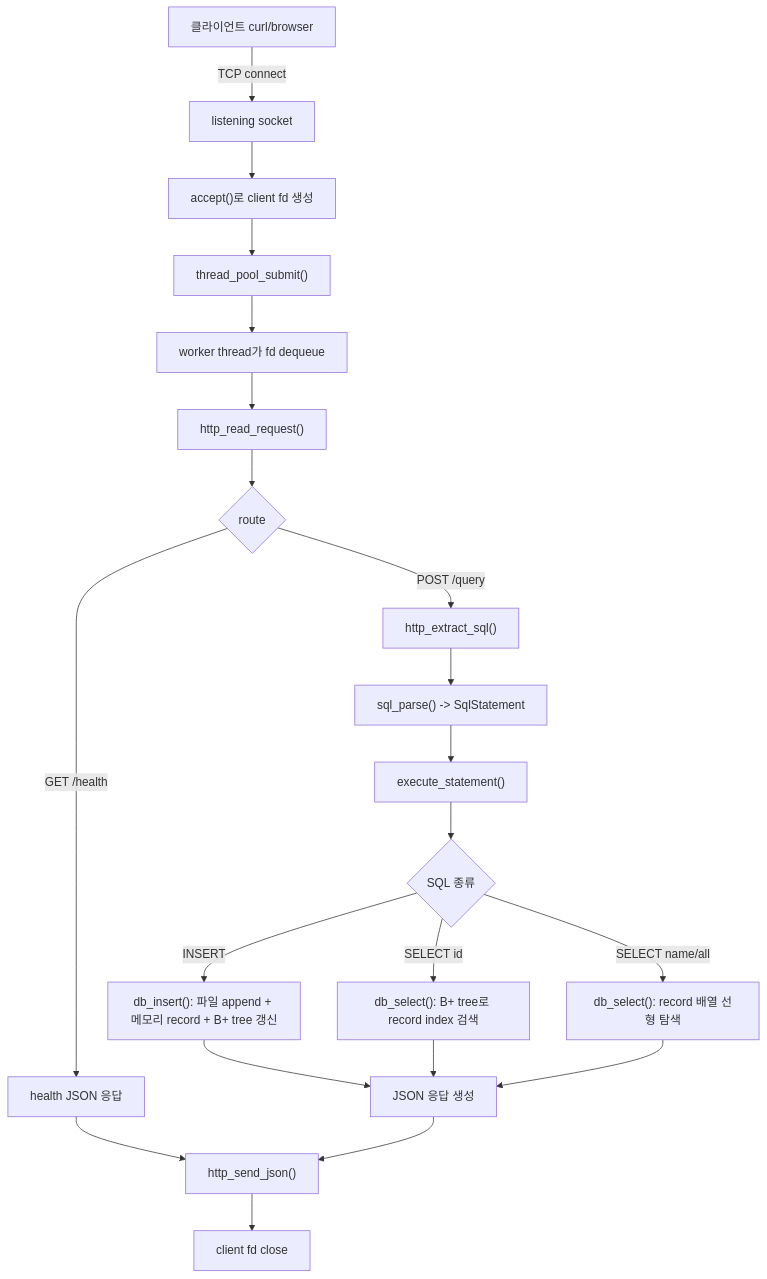
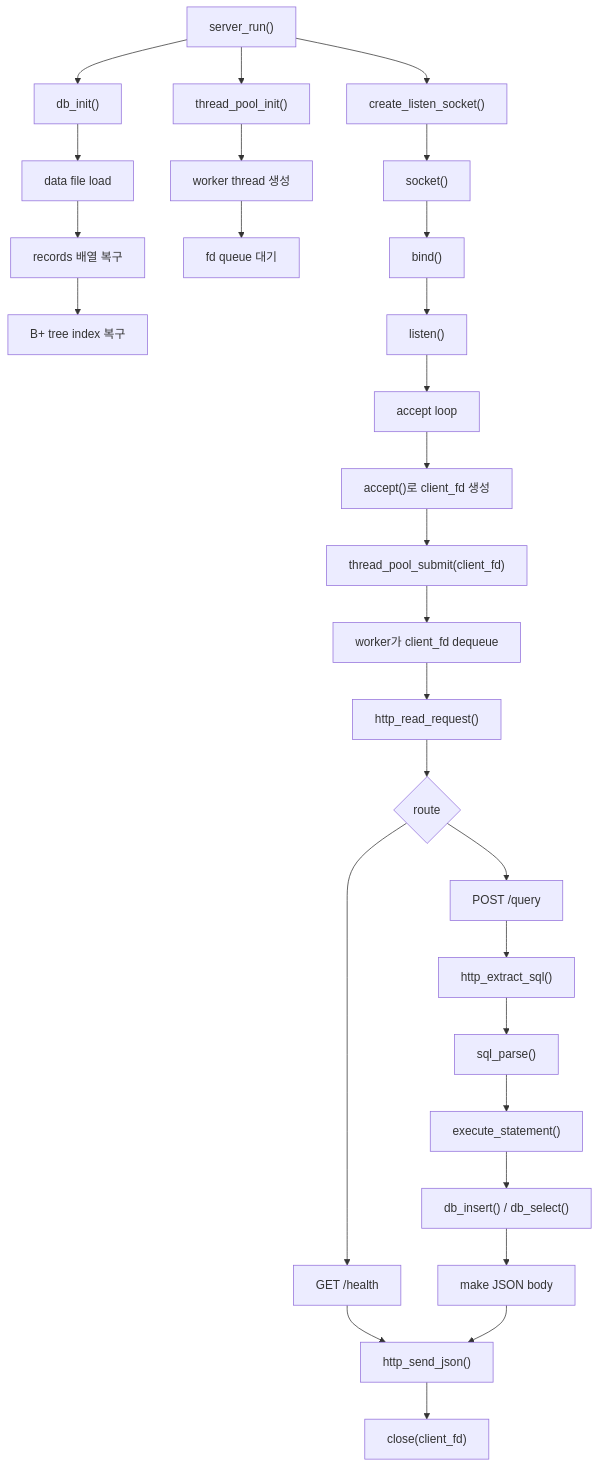
The second of 6 diagrams in README.md (KFJG-Week8/TRYO), drawn with Mermaid before and after one commit. The commit also changed other lines of this file and 17 other files, not shown here.

````diff
--- a/README.md
+++ b/README.md
@@ -9,23 +39,35 @@
 ```mermaid
 flowchart TD
-    A["클라이언트 curl/browser"] -->|"TCP connect"| B["listening socket"]
-    B --> C["accept()로 client fd 생성"]
-    C --> D["thread_pool_submit()"]
-    D --> E["worker thread가 fd dequeue"]
-    E --> F["http_read_request()"]
-    F --> G{"route"}
-    G -->|GET /health| H["health JSON 응답"]
-    G -->|POST /query| I["http_extract_sql()"]
-    I --> J["sql_parse() -> SqlStatement"]
-    J --> K["execute_statement()"]
-    K --> L{"SQL 종류"}
-    L -->|INSERT| M["db_insert(): 파일 append + 메모리 record + B+ tree 갱신"]
-    L -->|SELECT id| N["db_select(): B+ tree로 record index 검색"]
-    L -->|SELECT name/all| O["db_select(): record 배열 선형 탐색"]
-    M --> P["JSON 응답 생성"]
-    N --> P
-    O --> P
-    H --> Q["http_send_json()"]
-    P --> Q
-    Q --> R["client fd close"]
+    A["server_run()"] --> B["db_init()"]
+    B --> B1["data file load"]
+    B1 --> B2["records 배열 복구"]
+    B2 --> B3["B+ tree index 복구"]
+
+    A --> C["thread_pool_init()"]
+    C --> C1["worker thread 생성"]
+    C1 --> C2["fd queue 대기"]
+
+    A --> D["create_listen_socket()"]
+    D --> D1["socket()"]
+    D1 --> D2["bind()"]
+    D2 --> D3["listen()"]
+
+    D3 --> E["accept loop"]
+    E --> F["accept()로 client_fd 생성"]
+    F --> G["thread_pool_submit(client_fd)"]
+    G --> H["worker가 client_fd dequeue"]
+    H --> I["http_read_request()"]
+    I --> J{"route"}
+
+    J --> K["GET /health"]
+    K --> L["http_send_json()"]
+
+    J --> M["POST /query"]
+    M --> N["http_extract_sql()"]
+    N --> O["sql_parse()"]
+    O --> P["execute_statement()"]
+    P --> Q["db_insert() / db_select()"]
+    Q --> R["make JSON body"]
+    R --> L
+    L --> S["close(client_fd)"]
 ```
````
